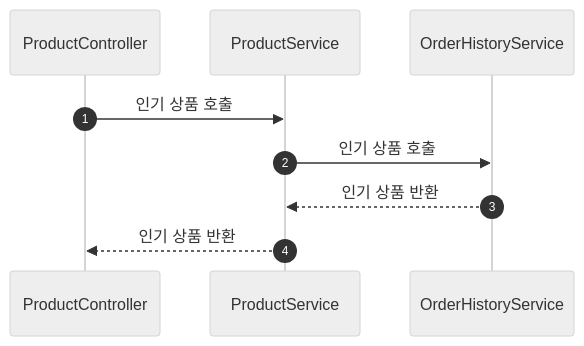
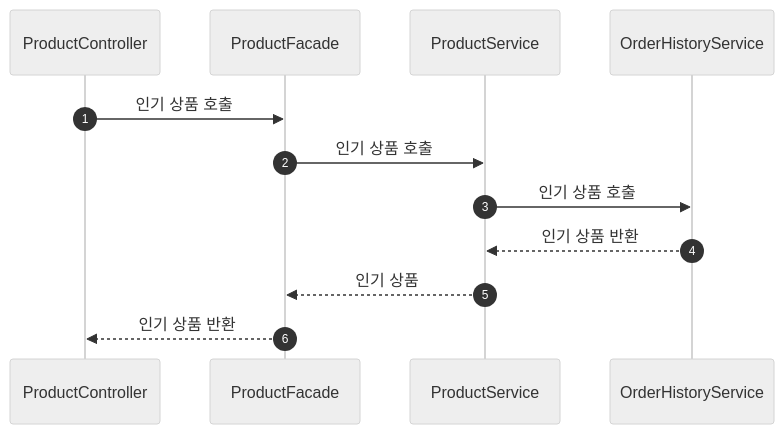
One commit to tre2man/hhplus-commerce changed the seventh of 7 diagrams in docs/sequence/시퀀스_다이어그램.md. Above: the diagram before and after it, drawn with Mermaid (neutral theme). The commit also changed other lines of this file, not shown here.

Commit message:
document: 유저 조회하는 플로우 삭제

````diff
--- a/docs/sequence/시퀀스_다이어그램.md
+++ b/docs/sequence/시퀀스_다이어그램.md
@@ -171,12 +170,15 @@
 ```mermaid
 sequenceDiagram
     autonumber
     participant ProductController
+    participant ProductFacade
     participant ProductService
     participant OrderHistoryService
 
-    ProductController->>ProductService: 인기 상품 호출
+    ProductController->>ProductFacade: 인기 상품 호출
+    ProductFacade->>ProductService: 인기 상품 호출
     ProductService->>OrderHistoryService: 인기 상품 호출
     OrderHistoryService-->>ProductService: 인기 상품 반환
-    ProductService-->>ProductController: 인기 상품 반환
+    ProductService-->>ProductFacade: 인기 상품 
+    ProductFacade-->>ProductController: 인기 상품 반환
 ```
````
